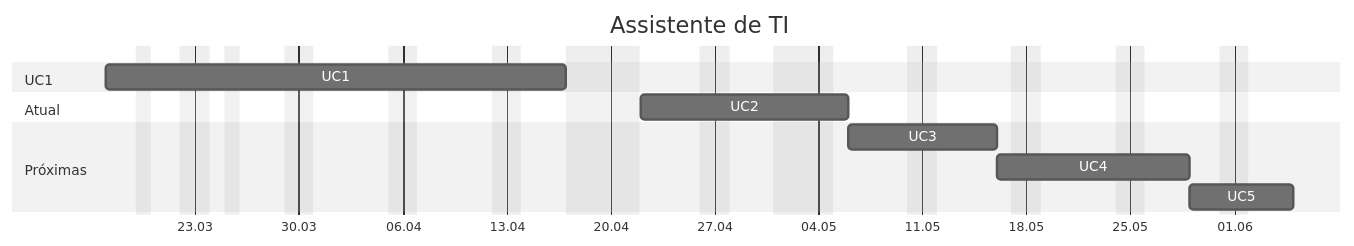
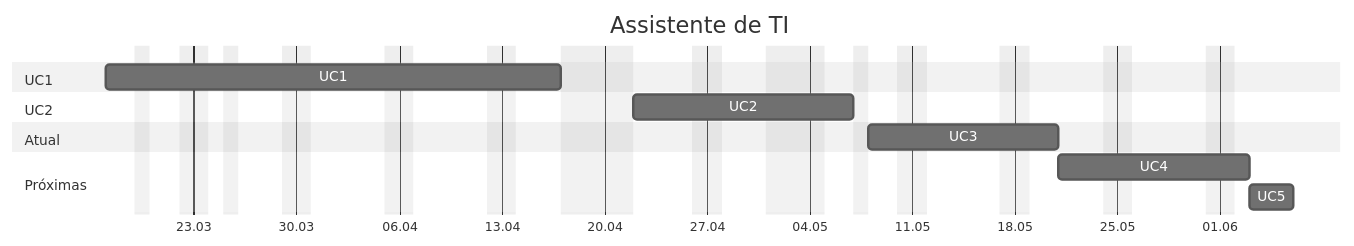
The diagram in src/site/notes/Assistente-de-TI.md (jocile/digitalgarden), drawn with Mermaid (neutral theme) before and after one commit. The commit also changed other lines of this file and 2 other files, not shown here.

````diff
--- a/src/site/notes/Assistente-de-TI.md
+++ b/src/site/notes/Assistente-de-TI.md
@@ -31,16 +31,17 @@
 ```mermaid
 gantt
      title Assistente de TI
      tickInterval 1week
-     excludes Saturday, Sunday, 19:03, 25:03, 17:04, 18:04, 21:04, 01:05, 02:05
+     excludes Saturday, Sunday, 19:03, 25:03, 17:04, 18:04, 21:04, 01:05, 02:05, 07:05
      dateFormat DD:MM
      axisFormat %d.%m
      section UC1
          UC1 :a1, 17:03, 21d
+     section UC2
+         UC2 :a2,after a1, 9d
      section Atual
-         UC2 :a2,after a1, 8d
+         UC3 :a3, after a2, 9d
      section Próximas
-         UC3 :a3, after a2, 8d
          UC4 :a4, after a3, 9d
-         UC5 :a5, after a4, 5d
+         UC5 :a5, after a4, 3d
 ```
````
